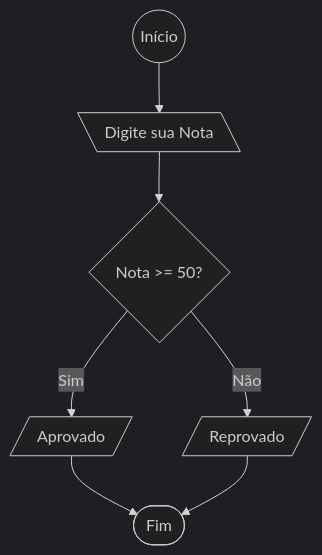
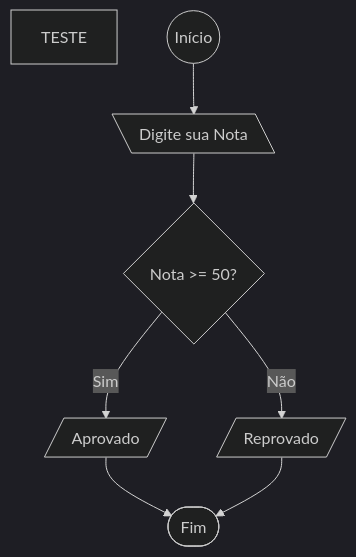
Before and after one commit to Joao-Pedro-Matias/LP-Joao_Matias: the first of 10 diagrams in Listas de Exercícios/LP_Lista_01/README.md, drawn with Mermaid (dark theme).

Commit message:
Teste commit

````diff
--- a/Listas de Exercícios/LP_Lista_01/README.md
+++ b/Listas de Exercícios/LP_Lista_01/README.md
@@ -21,10 +21,11 @@
     ```mermaid
    
     flowchart TD
+         TESTE
         start(( Início )) --> input[\ Digite sua Nota \]
         input --> verification{ Nota >= 50? }
         verification --> |Sim| A[/ Aprovado /]
         verification --> |Não| B[/ Reprovado /]
         A --> finish([ Fim ])
         B --> finish
     ```
````
